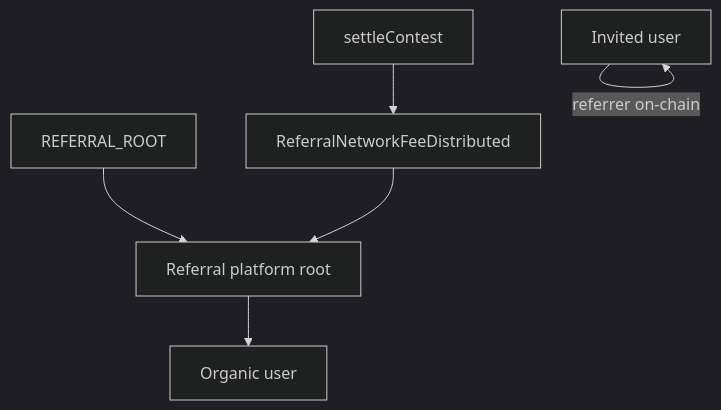
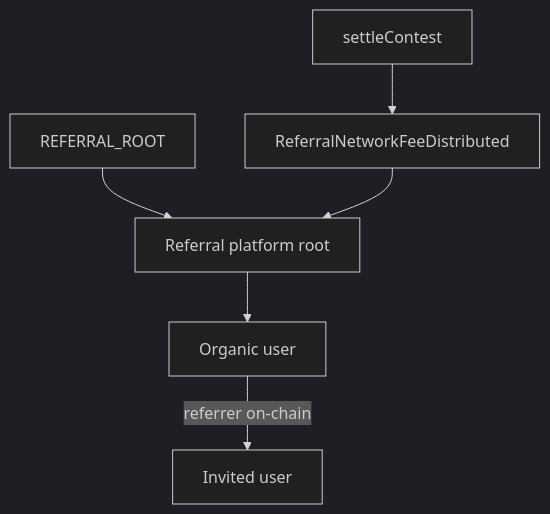
One commit to MagRelo/cut changed the diagram in docs/platform/referral-network.md. Above: the diagram before and after it, drawn with Mermaid (dark theme). The commit also changed other lines of this file and 17 other files, not shown here.

````diff
--- a/docs/platform/referral-network.md
+++ b/docs/platform/referral-network.md
@@ -35,15 +35,15 @@
 ```mermaid
 flowchart TB
   ROOT[REFERRAL_ROOT]
   PlatformRoot[Referral platform root]
   Organic[Organic user]
   Invited[Invited user]
   Settle[settleContest]
   Fee[ReferralNetworkFeeDistributed]
 
   ROOT --> PlatformRoot
   PlatformRoot --> Organic
-  Invited -->|"referrer on-chain"| Invited
+  Organic -->|"referrer on-chain"| Invited
   Settle --> Fee
   Fee --> PlatformRoot
 ```
````
